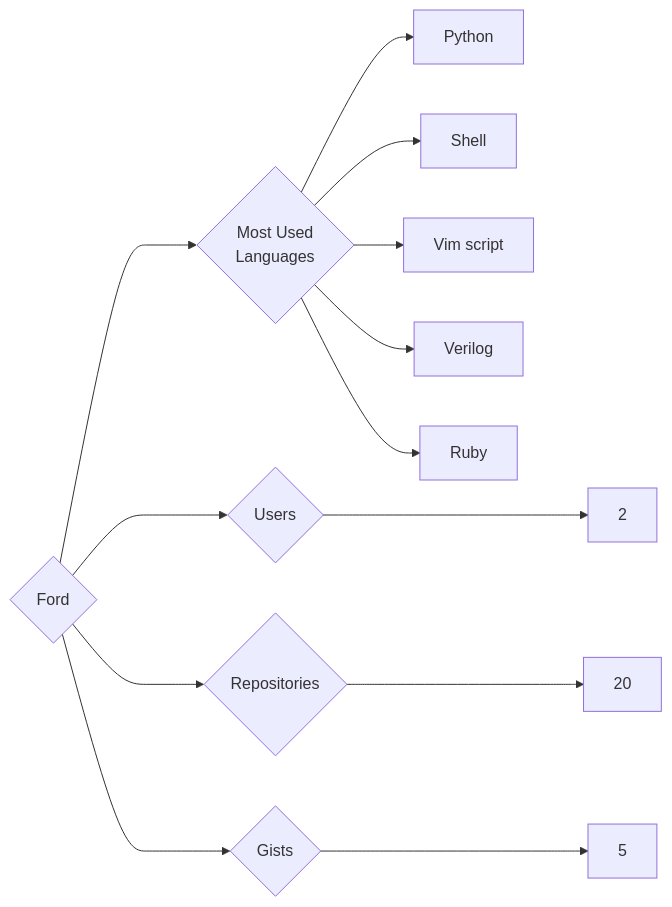
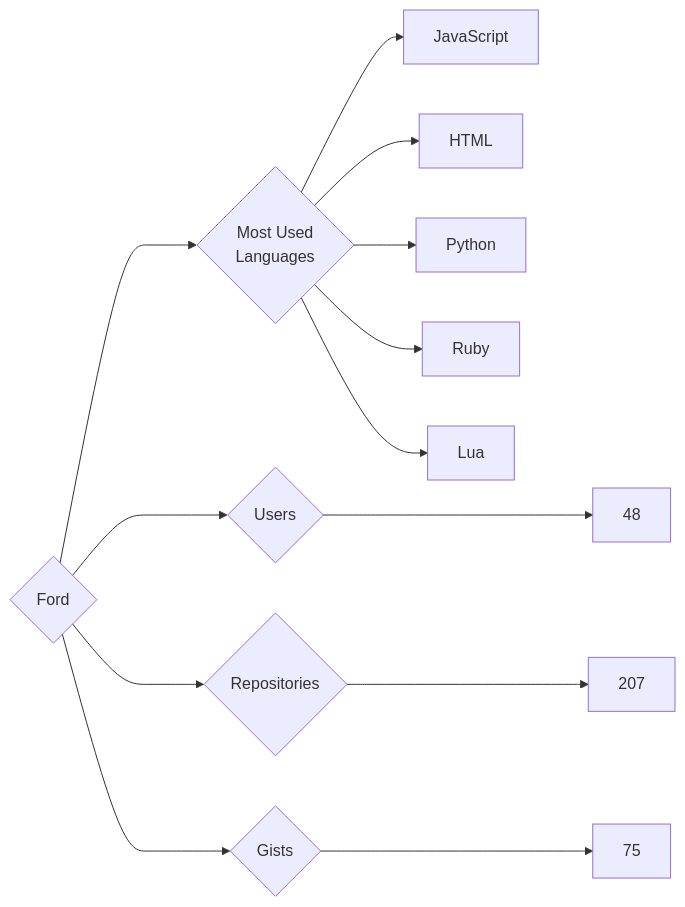
The diagram in targets/Ford/README.md (trickest/insiders), drawn with Mermaid before and after one commit. The commit also changed 837 other files, not shown here.

````diff
--- a/targets/Ford/README.md
+++ b/targets/Ford/README.md
@@ -3,13 +3,13 @@
 ```mermaid
 graph LR
 COMPANY_NAME{Ford}
-COMPANY_NAME ---> U{Users} ---> UN[2]
-COMPANY_NAME ---> R{Repositories} ---> RN[20]
-COMPANY_NAME ---> G{Gists} ---> GN[5]
+COMPANY_NAME ---> U{Users} ---> UN[48]
+COMPANY_NAME ---> R{Repositories} ---> RN[207]
+COMPANY_NAME ---> G{Gists} ---> GN[75]
 COMPANY_NAME ---> ML{Most Used<br>Languages}
+ML --> JavaScript[JavaScript]
+ML --> HTML[HTML]
 ML --> Python[Python]
-ML --> Shell[Shell]
-ML --> Vim_script[Vim script]
-ML --> Verilog[Verilog]
 ML --> Ruby[Ruby]
+ML --> Lua[Lua]
 ```
````
